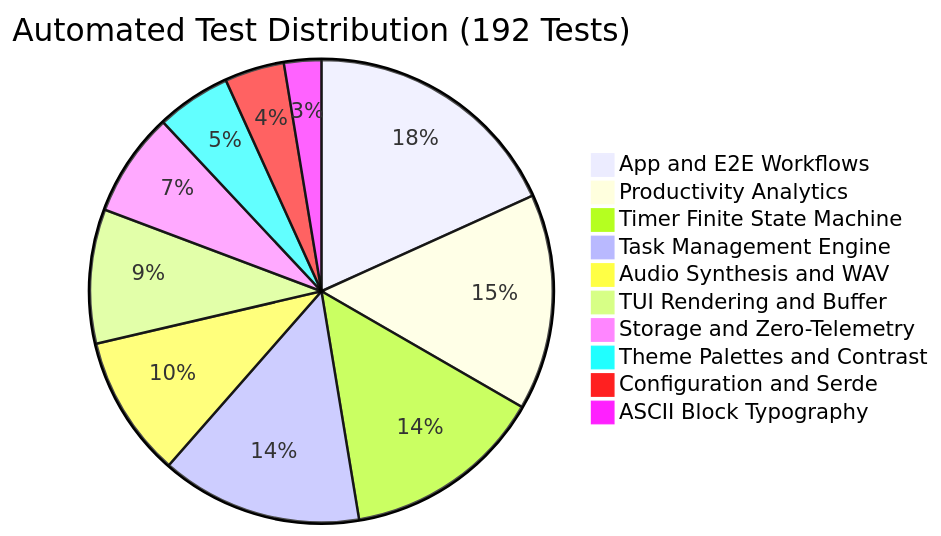
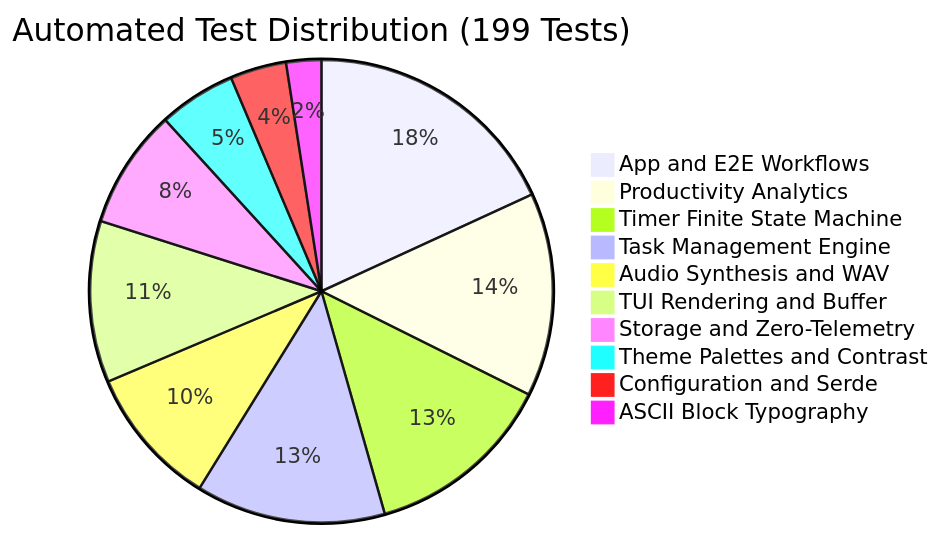
The fourth of 4 diagrams in System_design.md (amanalip/Termodoro), drawn with Mermaid before and after one commit. The commit also changed other lines of this file and 37 other files, not shown here.

````diff
--- a/System_design.md
+++ b/System_design.md
@@ -334,13 +337,13 @@
 ```mermaid
-pie title Automated Test Distribution (192 Tests)
-    "App and E2E Workflows" : 35
+pie title Automated Test Distribution (199 Tests)
+    "App and E2E Workflows" : 37
     "Productivity Analytics" : 29
     "Timer Finite State Machine" : 27
     "Task Management Engine" : 27
-    "Audio Synthesis and WAV" : 19
-    "TUI Rendering and Buffer" : 18
-    "Storage and Zero-Telemetry" : 14
-    "Theme Palettes and Contrast" : 10
+    "Audio Synthesis and WAV" : 20
+    "TUI Rendering and Buffer" : 23
+    "Storage and Zero-Telemetry" : 17
+    "Theme Palettes and Contrast" : 11
     "Configuration and Serde" : 8
     "ASCII Block Typography" : 5
 ```
````
